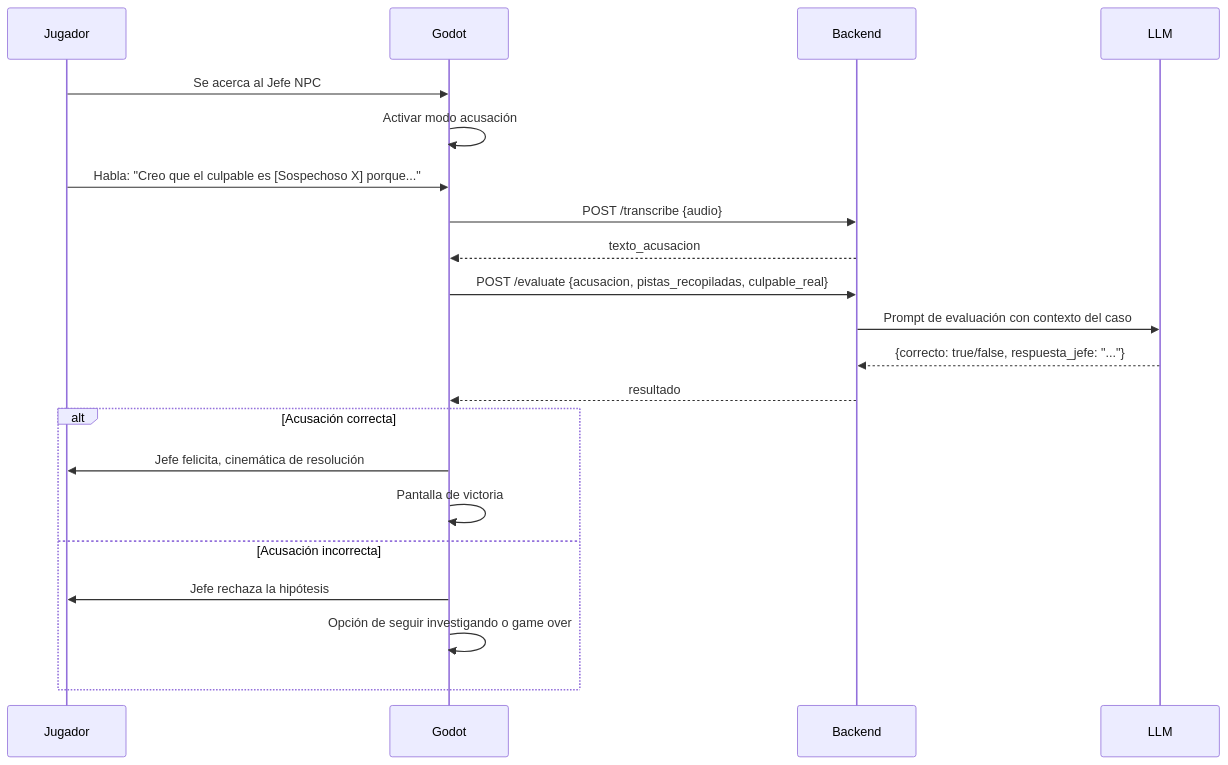
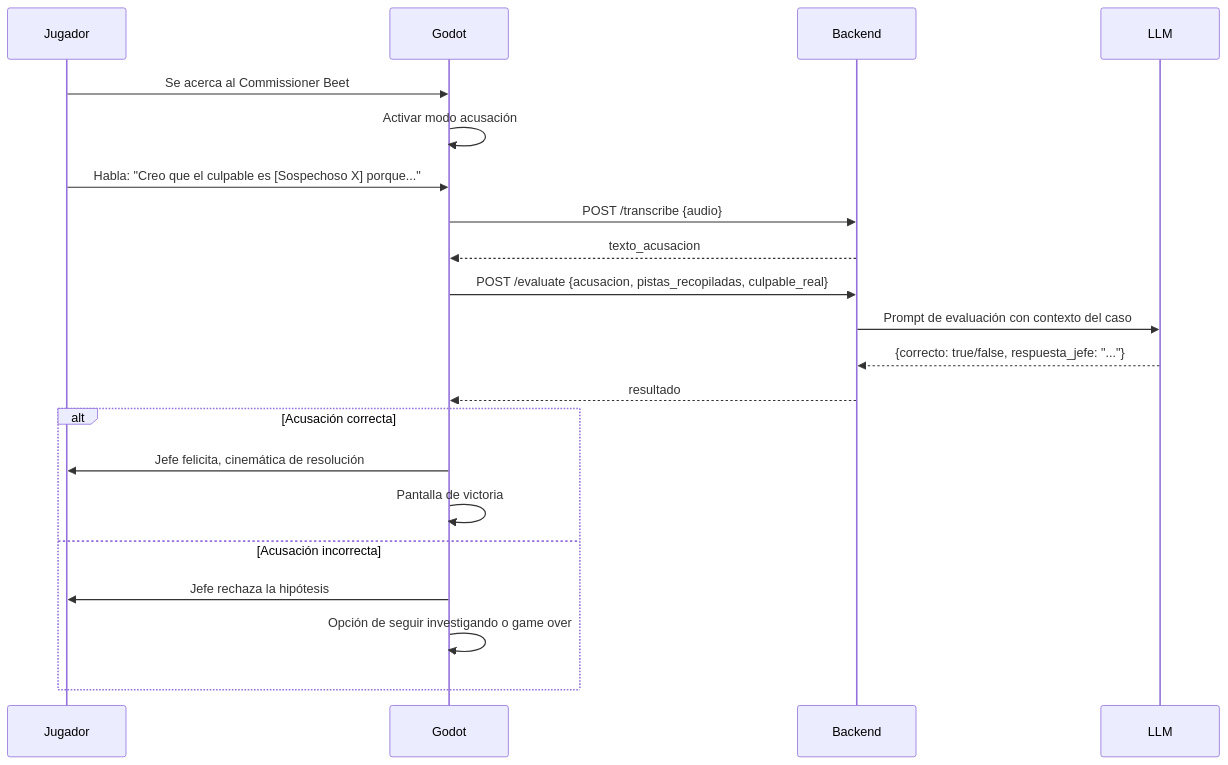
The fourth of 6 diagrams in design/gdd/entrega_1_diseno.md (naxoruto/TE-limonchero-3d), drawn with Mermaid before and after one commit. The commit also changed other lines of this file and 6 other files, not shown here.

````diff
--- a/design/gdd/entrega_1_diseno.md
+++ b/design/gdd/entrega_1_diseno.md
@@ -346,24 +353,24 @@
 ```mermaid
 sequenceDiagram
 	participant J as Jugador
 	participant U as Godot
 	participant B as Backend
 	participant L as LLM
 
-	J->>U: Se acerca al Jefe NPC
+	J->>U: Se acerca al Commissioner Beet
 	U->>U: Activar modo acusación
 	J->>U: Habla: "Creo que el culpable es [Sospechoso X] porque..."
 	U->>B: POST /transcribe {audio}
 	B-->>U: texto_acusacion
 	U->>B: POST /evaluate {acusacion, pistas_recopiladas, culpable_real}
 	B->>L: Prompt de evaluación con contexto del caso
 	L-->>B: {correcto: true/false, respuesta_jefe: "..."}
 	B-->>U: resultado
 	alt Acusación correcta
 		U->>J: Jefe felicita, cinemática de resolución
 		U->>U: Pantalla de victoria
 	else Acusación incorrecta
 		U->>J: Jefe rechaza la hipótesis
 		U->>U: Opción de seguir investigando o game over
 	end
 ```
````
